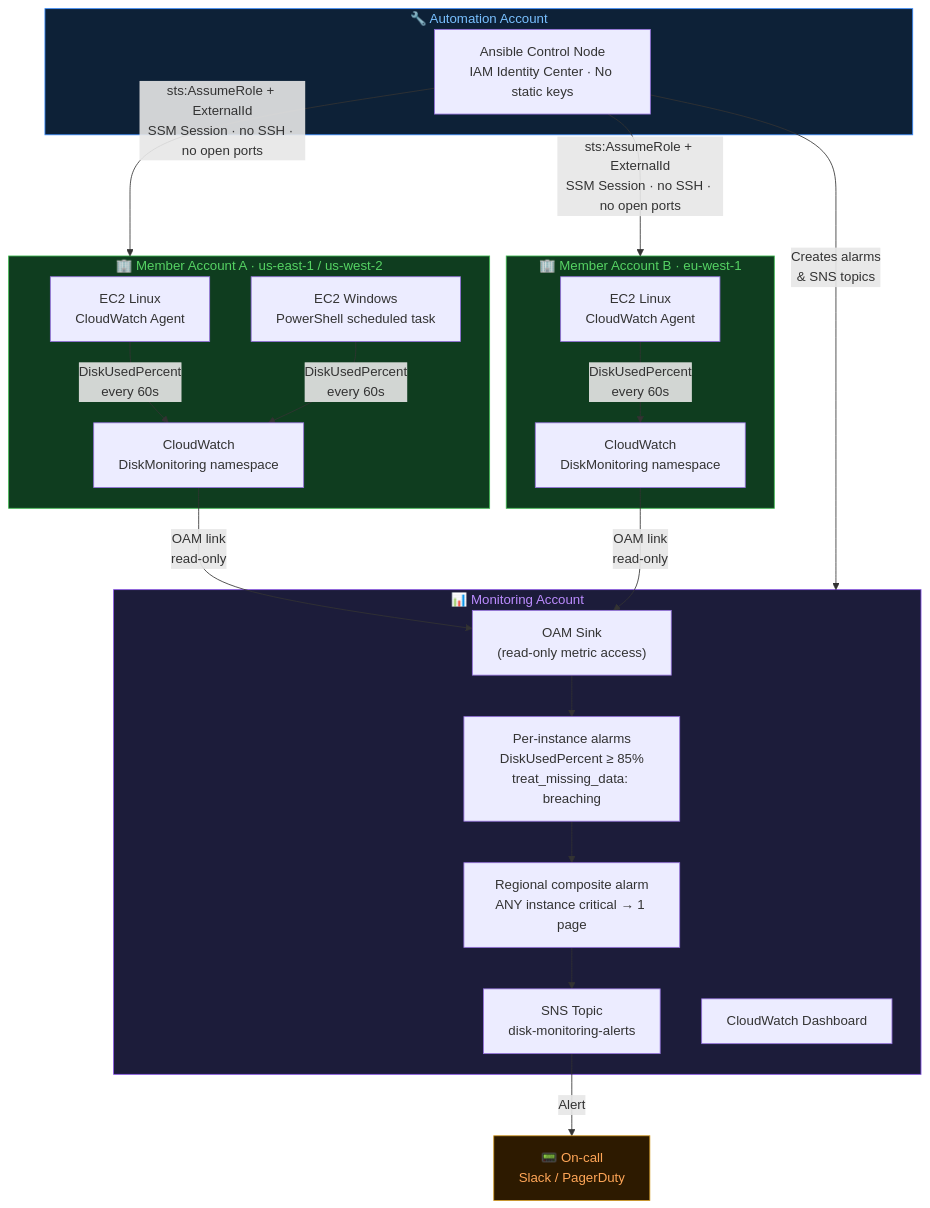
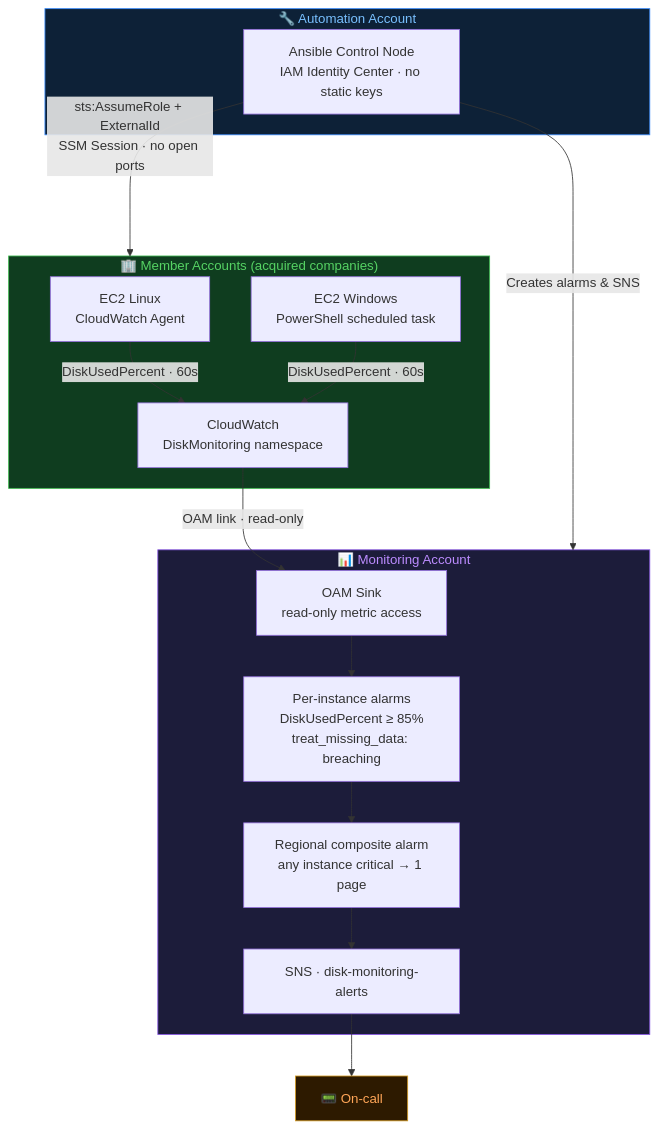
Before and after one commit to himanshu8693/aws-disk-monitoring: the diagram in README.md, drawn with Mermaid. The commit also changed other lines of this file and 6 other files, not shown here.

````diff
--- a/README.md
+++ b/README.md
@@ -16,46 +10,31 @@
 ```mermaid
 flowchart TD
     subgraph AUTO["🔧 Automation Account"]
-        ANSIBLE["Ansible Control Node\nIAM Identity Center · No static keys"]
+        ANSIBLE["Ansible Control Node\nIAM Identity Center · no static keys"]
     end
 
-    subgraph ACCA["🏢 Member Account A  ·  us-east-1 / us-west-2"]
+    subgraph MEMBERS["🏢 Member Accounts  (acquired companies)"]
         EC2L["EC2 Linux\nCloudWatch Agent"]
         EC2W["EC2 Windows\nPowerShell scheduled task"]
-        CWA["CloudWatch\nDiskMonitoring namespace"]
-        EC2L & EC2W -->|"DiskUsedPercent\nevery 60s"| CWA
-    end
-
-    subgraph ACCB["🏢 Member Account B  ·  eu-west-1"]
-        EC2B["EC2 Linux\nCloudWatch Agent"]
-        CWB["CloudWatch\nDiskMonitoring namespace"]
-        EC2B -->|"DiskUsedPercent\nevery 60s"| CWB
+        CW["CloudWatch\nDiskMonitoring namespace"]
+        EC2L & EC2W -->|"DiskUsedPercent · 60s"| CW
     end
 
     subgraph MON["📊 Monitoring Account"]
-        OAMSINK["OAM Sink\n(read-only metric access)"]
+        OAM["OAM Sink\nread-only metric access"]
         ALARMS["Per-instance alarms\nDiskUsedPercent ≥ 85%\ntreat_missing_data: breaching"]
-        COMPOSITE["Regional composite alarm\nANY instance critical → 1 page"]
-        SNS["SNS Topic\ndisk-monitoring-alerts"]
-        DASH["CloudWatch Dashboard"]
-        OAMSINK --> ALARMS --> COMPOSITE --> SNS
+        COMPOSITE["Regional composite alarm\nany instance critical → 1 page"]
+        SNS["SNS · disk-monitoring-alerts"]
+        OAM --> ALARMS --> COMPOSITE --> SNS
     end
 
-    %% Ansible provisions everything
-    ANSIBLE -->|"sts:AssumeRole + ExternalId\nSSM Session · no SSH · no open ports"| ACCA
-    ANSIBLE -->|"sts:AssumeRole + ExternalId\nSSM Session · no SSH · no open ports"| ACCB
-    ANSIBLE -->|"Creates alarms\n& SNS topics"| MON
+    ANSIBLE -->|"sts:AssumeRole + ExternalId\nSSM Session · no open ports"| MEMBERS
+    ANSIBLE -->|"Creates alarms & SNS"| MON
+    CW -->|"OAM link · read-only"| OAM
+    SNS --> ONCALL["📟 On-call"]
 
-    %% Metrics flow via OAM
-    CWA -->|"OAM link\nread-only"| OAMSINK
-    CWB -->|"OAM link\nread-only"| OAMSINK
-
-    %% Alert
-    SNS -->|"Alert"| ONCALL["📟 On-call\nSlack / PagerDuty"]
-
-    style AUTO  fill:#0d2137,stroke:#388bfd,color:#79c0ff
-    style ACCA  fill:#0f3d1f,stroke:#3fb950,color:#56d364
-    style ACCB  fill:#0f3d1f,stroke:#3fb950,color:#56d364
-    style MON   fill:#1c1c3a,stroke:#8957e5,color:#bc8cff
-    style ONCALL fill:#2d1a00,stroke:#d29922,color:#ffa657
+    style AUTO    fill:#0d2137,stroke:#388bfd,color:#79c0ff
+    style MEMBERS fill:#0f3d1f,stroke:#3fb950,color:#56d364
+    style MON     fill:#1c1c3a,stroke:#8957e5,color:#bc8cff
+    style ONCALL  fill:#2d1a00,stroke:#d29922,color:#ffa657
 ```
````
